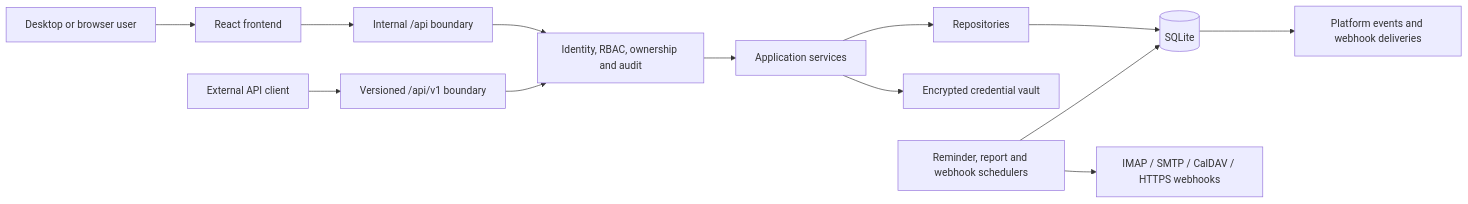
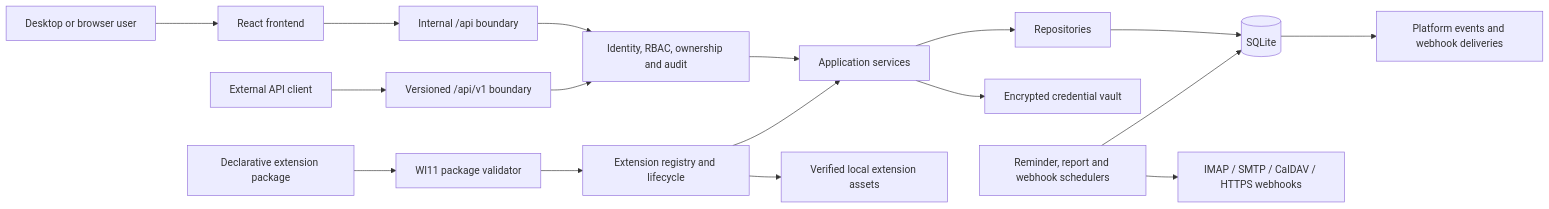
Before and after one commit to sfmullins/whitelabel-crm: the diagram in docs/ARCHITECTURE.md, drawn with Mermaid. The commit also changed other lines of this file, not shown here.

Commit message:
Document WI11 extension architecture

````diff
--- a/docs/ARCHITECTURE.md
+++ b/docs/ARCHITECTURE.md
@@ -13,15 +13,19 @@
 ```mermaid
 flowchart LR
   User[Desktop or browser user] --> React[React frontend]
   Client[External API client] --> V1[Versioned /api/v1 boundary]
+  Package[Declarative extension package] --> Validator[WI11 package validator]
   React --> Internal[Internal /api boundary]
   Internal --> Security[Identity, RBAC, ownership and audit]
   V1 --> Security
+  Validator --> Registry[Extension registry and lifecycle]
   Security --> Services[Application services]
+  Registry --> Services
   Services --> Repositories[Repositories]
   Repositories --> SQLite[(SQLite)]
+  Registry --> Assets[Verified local extension assets]
   Services --> Vault[Encrypted credential vault]
   SQLite --> Outbox[Platform events and webhook deliveries]
   Scheduler[Reminder, report and webhook schedulers] --> SQLite
   Scheduler --> External[IMAP / SMTP / CalDAV / HTTPS webhooks]
 ```
````
